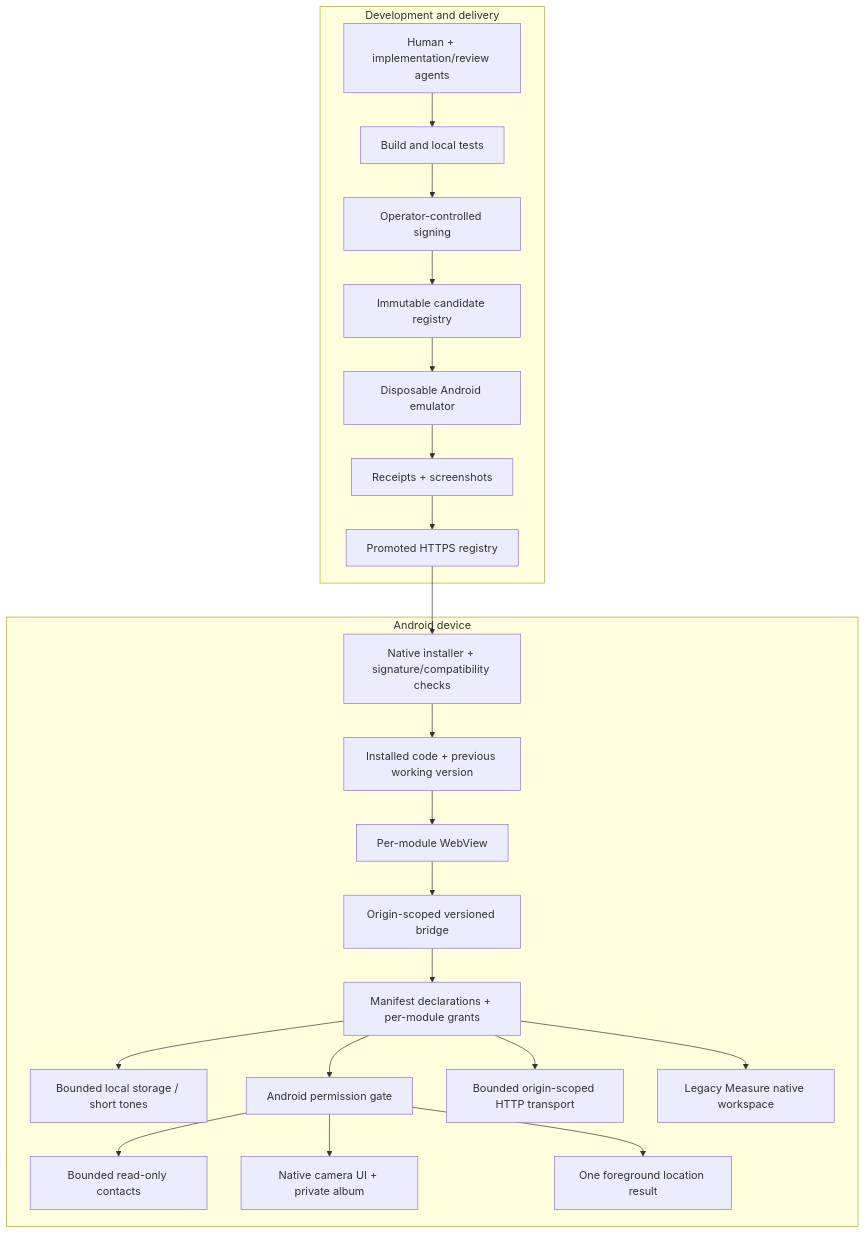
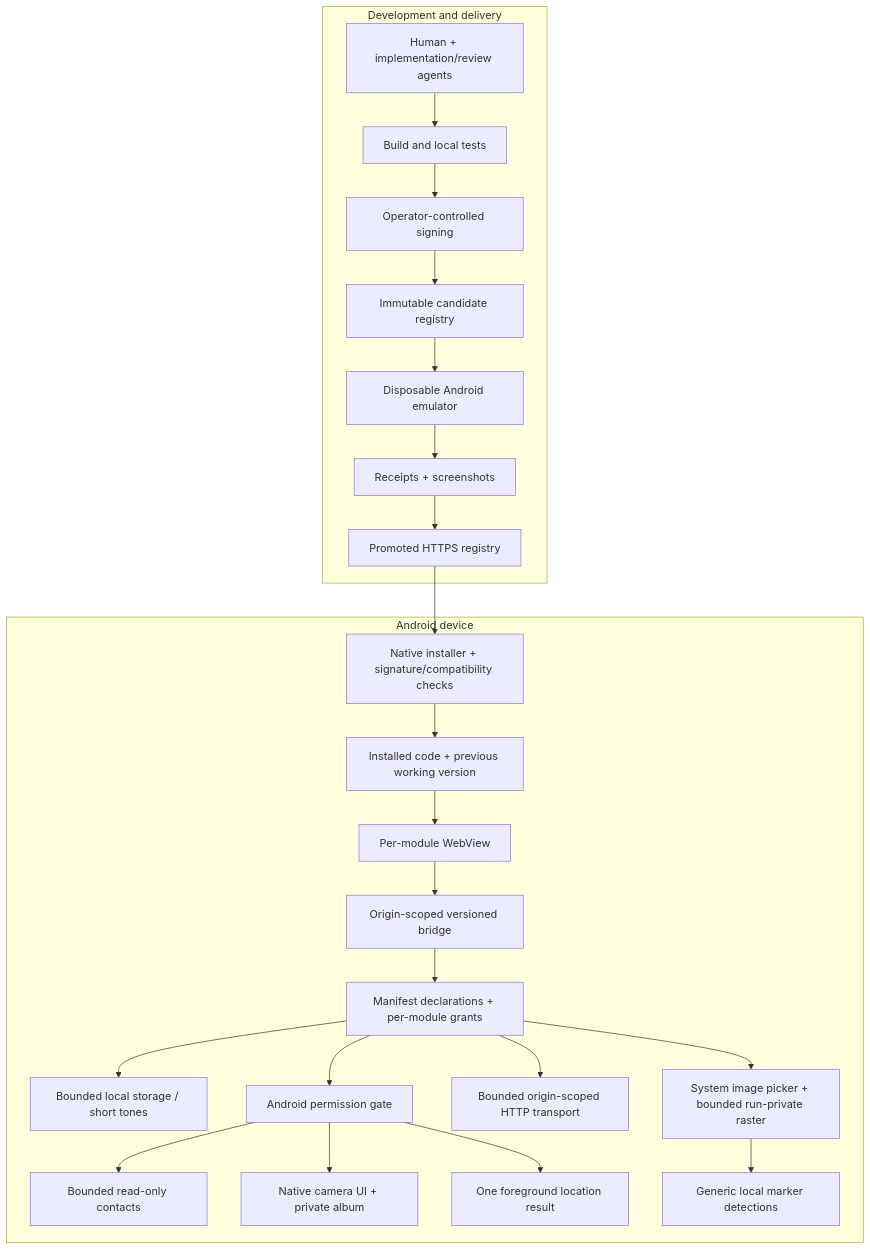
The diagram in docs/architecture.md (blueworkslabs/construct), drawn with Mermaid before and after one commit. The commit also changed other lines of this file and 1 other file, not shown here.

Commit message:
Align architecture and retirement roadmap with Measure candidate

````diff
--- a/docs/architecture.md
+++ b/docs/architecture.md
@@ -11,25 +11,26 @@
 ```mermaid
 flowchart TB
     subgraph Development[Development and delivery]
         Workshop[Human + implementation/review agents] --> Build[Build and local tests]
         Build --> Signer[Operator-controlled signing]
         Signer --> Candidate[Immutable candidate registry]
         Candidate --> Runner[Disposable Android emulator]
         Runner --> Evidence[Receipts + screenshots]
         Evidence --> Registry[Promoted HTTPS registry]
     end
     subgraph Phone[Android device]
         Registry --> Installer[Native installer + signature/compatibility checks]
         Installer --> Store[Installed code + previous working version]
         Store --> WebView[Per-module WebView]
         WebView --> Bridge[Origin-scoped versioned bridge]
         Bridge --> Grants[Manifest declarations + per-module grants]
         Grants --> Local[Bounded local storage / short tones]
         Grants --> AndroidGate[Android permission gate]
         AndroidGate --> Contacts[Bounded read-only contacts]
         AndroidGate --> Camera[Native camera UI + private album]
         Grants --> HTTP[Bounded origin-scoped HTTP transport]
         AndroidGate --> Location[One foreground location result]
-        Grants --> Legacy[Legacy Measure native workspace]
+        Grants --> Image[System image picker + bounded run-private raster]
+        Image --> Markers[Generic local marker detections]
     end
 ```
````
